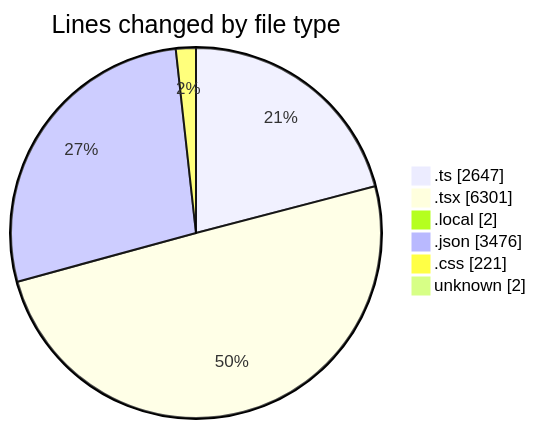
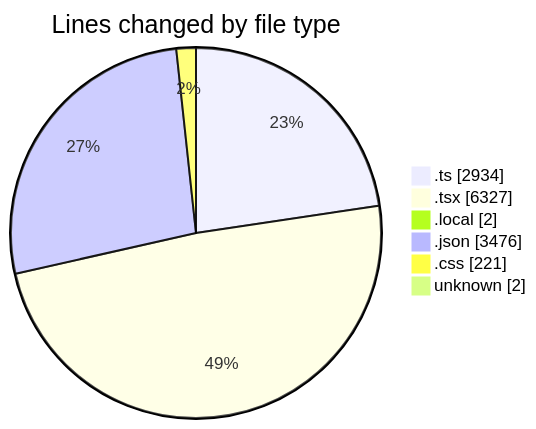
Before and after one commit to julien-gomy/code-tracking: the first of 2 diagrams in 2025-10-28/eventscop-frontend-guide__workspace_/README.md, drawn with Mermaid. The commit also changed other lines of this file and 1 other file, not shown here.

````diff
--- a/2025-10-28/eventscop-frontend-guide__workspace_/README.md
+++ b/2025-10-28/eventscop-frontend-guide__workspace_/README.md
@@ -66,10 +68,10 @@
 ```mermaid
 pie showData
 title Lines changed by file type
-".ts" : 2647
-".tsx" : 6301
+".ts" : 2934
+".tsx" : 6327
 ".local" : 2
 ".json" : 3476
 ".css" : 221
 "unknown" : 2
 ```
````
